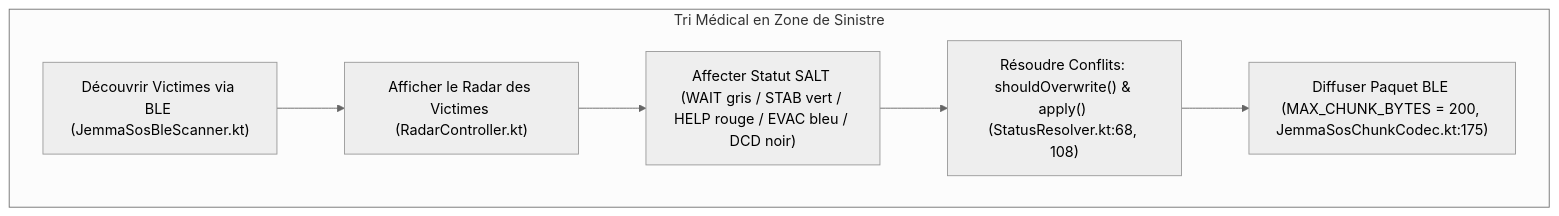
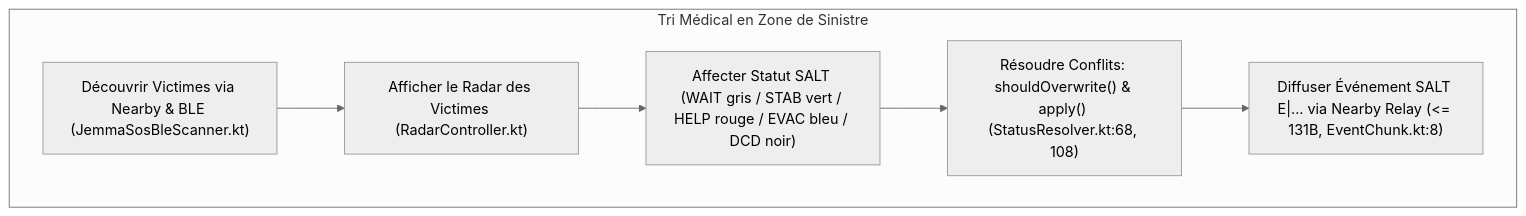
Before and after one commit to kurodohenroonsen/JemmaPass: the fourth of 21 diagrams in docs/DOCUMENTATION_UML_FONCTIONNELLE.md, drawn with Mermaid (neutral theme). The commit also changed other lines of this file and 1 other file, not shown here.

````diff
--- a/docs/DOCUMENTATION_UML_FONCTIONNELLE.md
+++ b/docs/DOCUMENTATION_UML_FONCTIONNELLE.md
@@ -196,15 +203,15 @@
 ```mermaid
 flowchart TD
     subgraph Triage_SALT ["Tri Médical en Zone de Sinistre"]
-        DISC["Découvrir Victimes via BLE (JemmaSosBleScanner.kt)"]
+        DISC["Découvrir Victimes via Nearby & BLE (JemmaSosBleScanner.kt)"]
         RADAR["Afficher le Radar des Victimes (RadarController.kt)"]
         ASSIGN["Affecter Statut SALT (WAIT gris / STAB vert / HELP rouge / EVAC bleu / DCD noir)"]
         RESOLVE["Résoudre Conflits: shouldOverwrite() & apply() (StatusResolver.kt:68, 108)"]
-        BROADCAST["Diffuser Paquet BLE (MAX_CHUNK_BYTES = 200, JemmaSosChunkCodec.kt:175)"]
+        BROADCAST["Diffuser Événement SALT E|... via Nearby Relay (<= 131B, EventChunk.kt:8)"]
     end
 
     DISC --> RADAR
     RADAR --> ASSIGN
     ASSIGN --> RESOLVE
     RESOLVE --> BROADCAST
 ```
````
